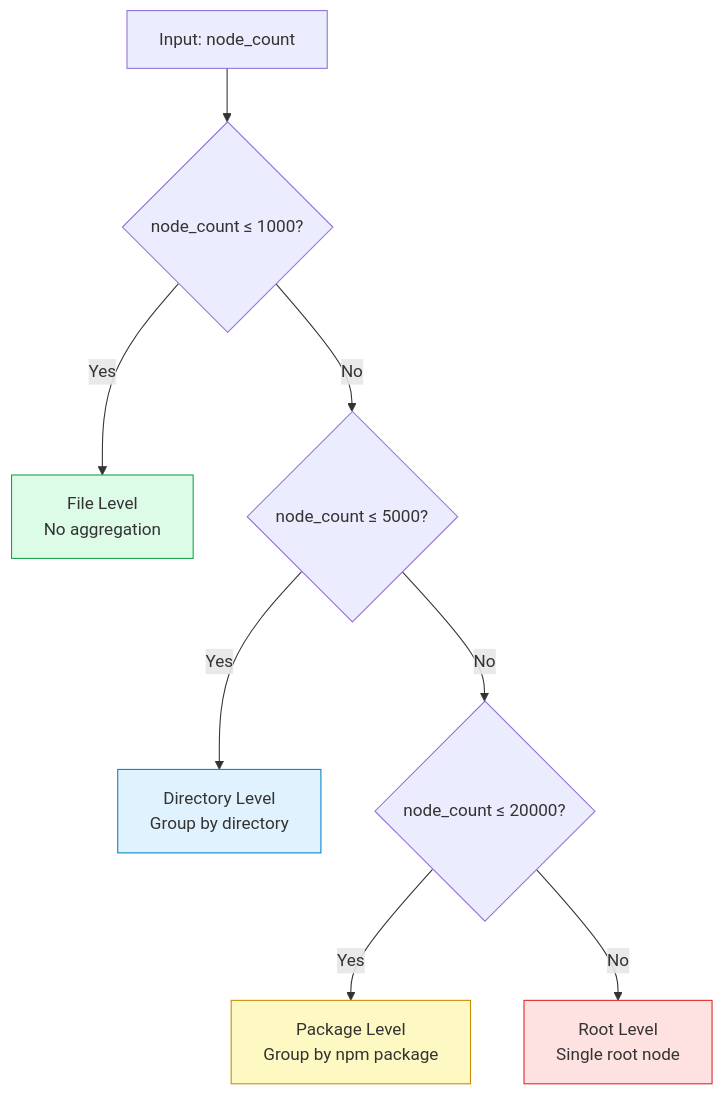
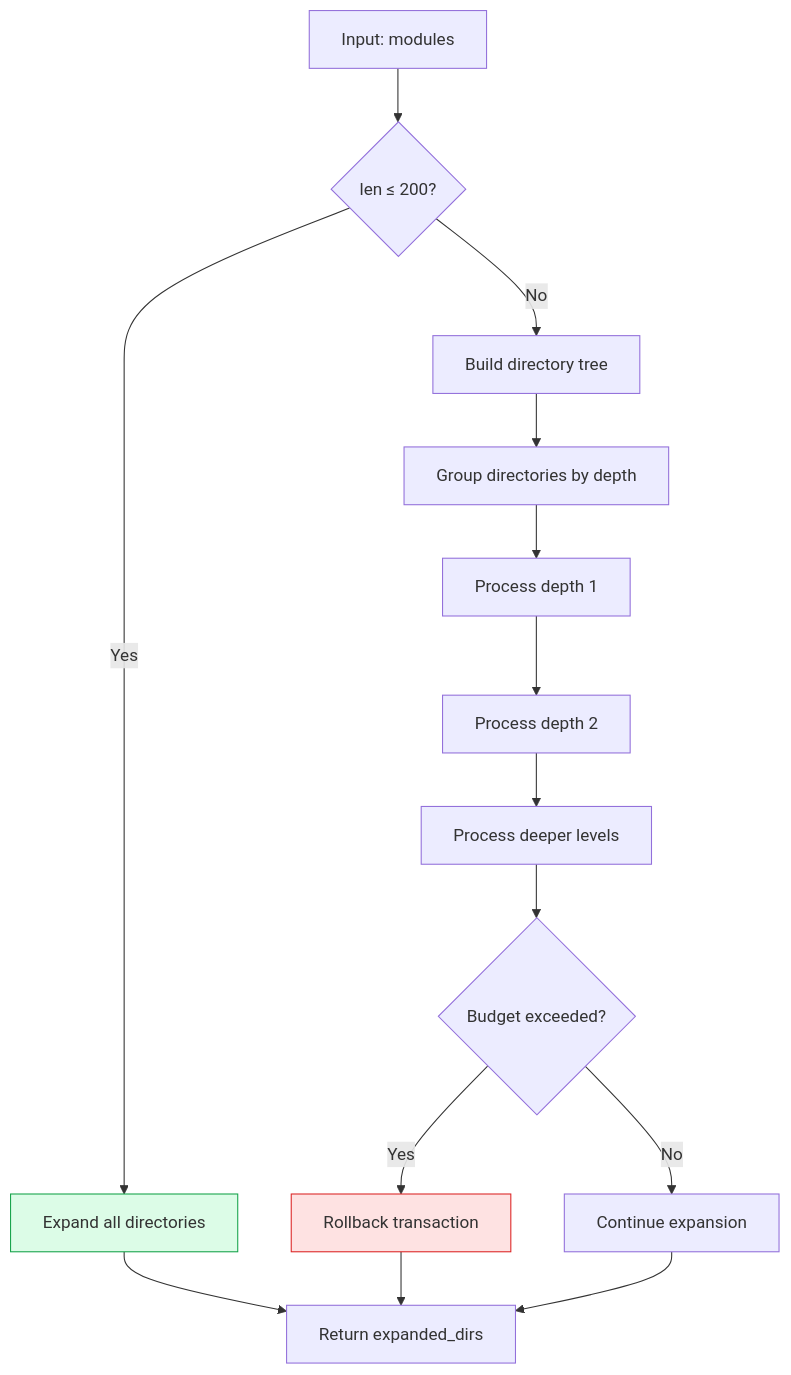
The first of 6 diagrams in docs/architecture/aggregation.md (fisher-89/dependency-cruiser-reporter), drawn with Mermaid before and after one commit. The commit also changed other lines of this file and 12 other files, not shown here.

````diff
--- a/docs/architecture/aggregation.md
+++ b/docs/architecture/aggregation.md
@@ -9,15 +11,19 @@
 ```mermaid
 flowchart TD
-    Start[Input: node_count] --> Check1{node_count ≤ 1000?}
-    Check1 -->|Yes| File[File Level\nNo aggregation]
-    Check1 -->|No| Check2{node_count ≤ 5000?}
-    Check2 -->|Yes| Dir[Directory Level\nGroup by directory]
-    Check2 -->|No| Check3{node_count ≤ 20000?}
-    Check3 -->|Yes| Pkg[Package Level\nGroup by npm package]
-    Check3 -->|No| Root[Root Level\nSingle root node]
+    Start[Input: modules] --> Check{len ≤ 200?}
+    Check -->|Yes| All[Expand all directories]
+    Check -->|No| Build[Build directory tree]
+    Build --> Group[Group directories by depth]
+    Group --> Level1[Process depth 1]
+    Level1 --> Level2[Process depth 2]
+    Level2 --> More[Process deeper levels]
+    More --> Budget{Budget exceeded?}
+    Budget -->|Yes| Rollback[Rollback transaction]
+    Budget -->|No| Continue[Continue expansion]
+    All --> Result[Return expanded_dirs]
+    Rollback --> Result
+    Continue --> Result
 
-    style File fill:#dcfce7,stroke:#16a34a
-    style Dir fill:#e0f2fe,stroke:#0284c7
-    style Pkg fill:#fef9c3,stroke:#ca8a04
-    style Root fill:#fee2e2,stroke:#dc2626
+    style All fill:#dcfce7,stroke:#16a34a
+    style Rollback fill:#fee2e2,stroke:#dc2626
 ```
````
